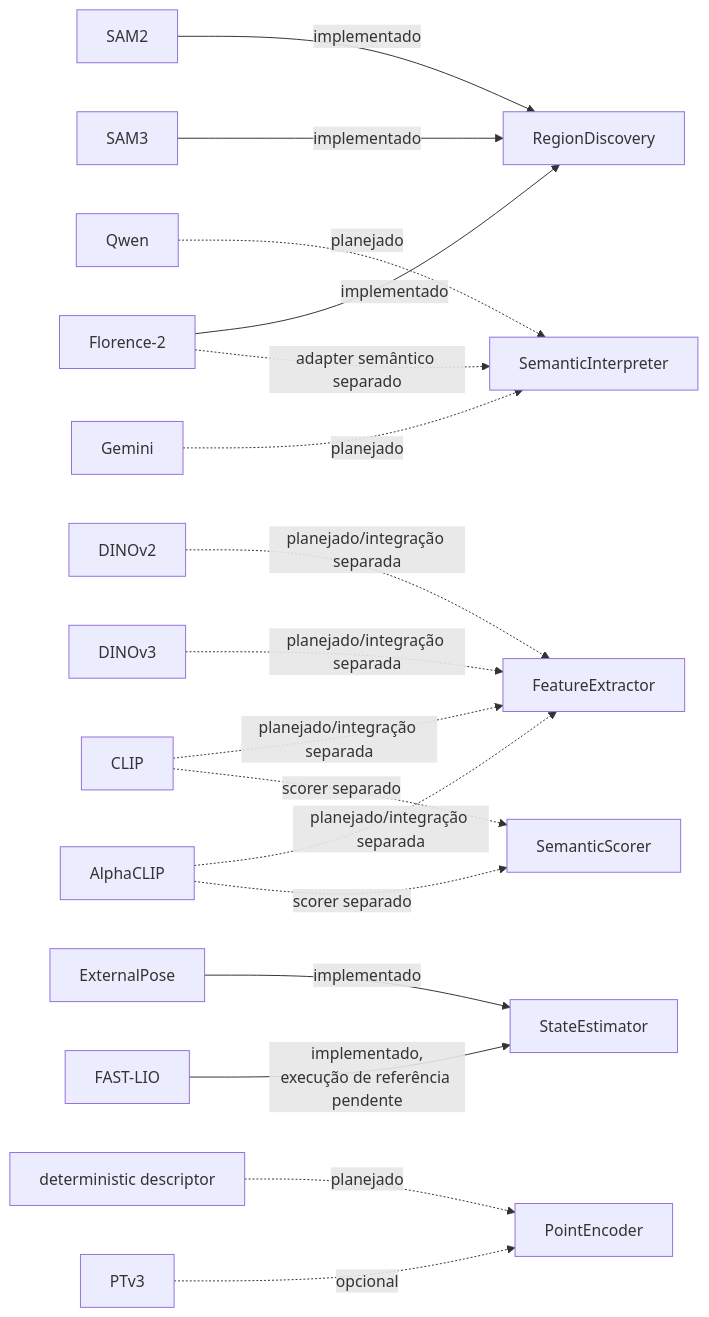
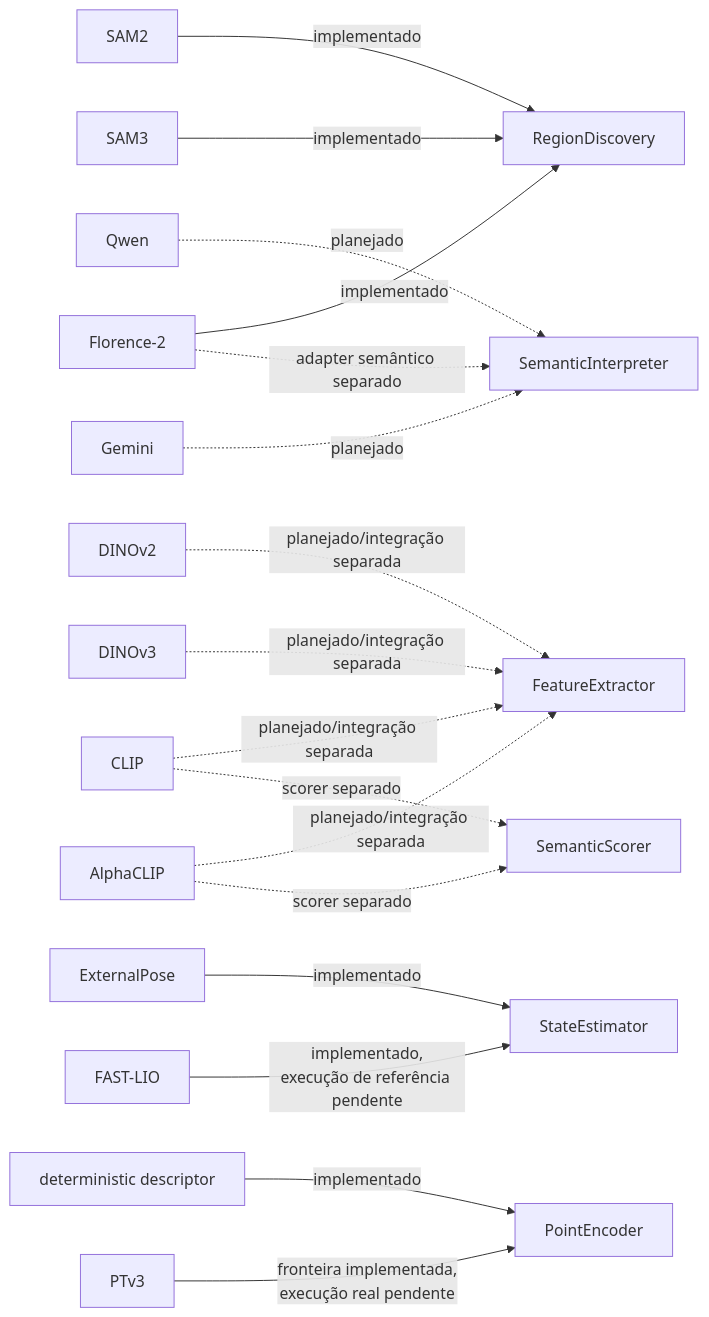
One commit to Alexandre-Tortoza/contextmap2 changed the fourth of 7 diagrams in docs/architecture.md. Above: the diagram before and after it, drawn with Mermaid. The commit also changed other lines of this file and 6 other files, not shown here.

````diff
--- a/docs/architecture.md
+++ b/docs/architecture.md
@@ -265,27 +269,27 @@
 ```mermaid
 flowchart LR
     RD["RegionDiscovery"]
     FE["FeatureExtractor"]
     SI["SemanticInterpreter"]
     SS["SemanticScorer"]
     SE["StateEstimator"]
     PE["PointEncoder"]
 
     SAM2["SAM2"] -->|implementado| RD
     SAM3["SAM3"] -->|implementado| RD
     F2["Florence-2"] -->|implementado| RD
 
     D2["DINOv2"] -. planejado/integração separada .-> FE
     D3["DINOv3"] -. planejado/integração separada .-> FE
     CLIP["CLIP"] -. planejado/integração separada .-> FE
     ACLIP["AlphaCLIP"] -. planejado/integração separada .-> FE
     Q["Qwen"] -. planejado .-> SI
     G["Gemini"] -. planejado .-> SI
     F2 -. adapter semântico separado .-> SI
     CLIP -. scorer separado .-> SS
     ACLIP -. scorer separado .-> SS
     EXT["ExternalPose"] -->|implementado| SE
     FL["FAST-LIO"] -->|implementado,<br/>execução de referência pendente| SE
-    DET["deterministic descriptor"] -. planejado .-> PE
-    PT["PTv3"] -. opcional .-> PE
+    DET["deterministic descriptor"] -->|implementado| PE
+    PT["PTv3"] -->|fronteira implementada,<br/>execução real pendente| PE
 ```
````
